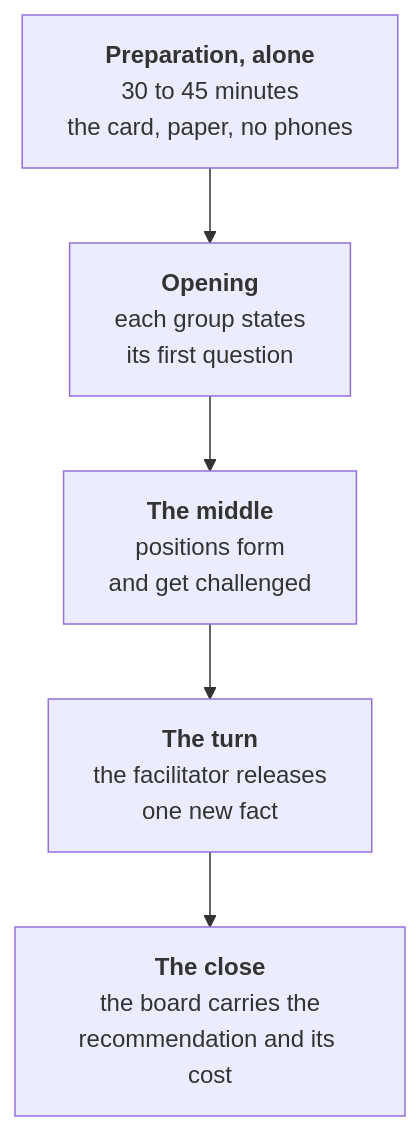
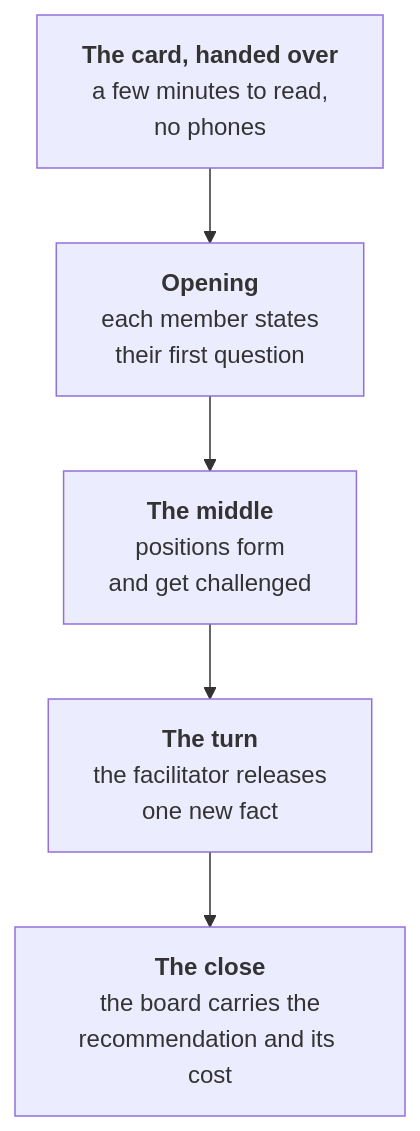
The second of 2 diagrams in wiki/Running-a-Situation-Room.md (fde-academy-lab/c2-content-factory), drawn with Mermaid before and after one commit. The commit also changed other lines of this file and 9 other files, not shown here.

````diff
--- a/wiki/Running-a-Situation-Room.md
+++ b/wiki/Running-a-Situation-Room.md
@@ -70,8 +82,8 @@
 ```mermaid
 flowchart TB
-    P["<b>Preparation, alone</b><br/>30 to 45 minutes<br/>the card, paper, no phones"]
-    P --> D1["<b>Opening</b><br/>each group states<br/>its first question"]
+    P["<b>The card, handed over</b><br/>a few minutes to read,<br/>no phones"]
+    P --> D1["<b>Opening</b><br/>each member states<br/>their first question"]
     D1 --> D2["<b>The middle</b><br/>positions form<br/>and get challenged"]
     D2 --> D3["<b>The turn</b><br/>the facilitator releases<br/>one new fact"]
     D3 --> D4["<b>The close</b><br/>the board carries the<br/>recommendation and its cost"]
 ```
````
